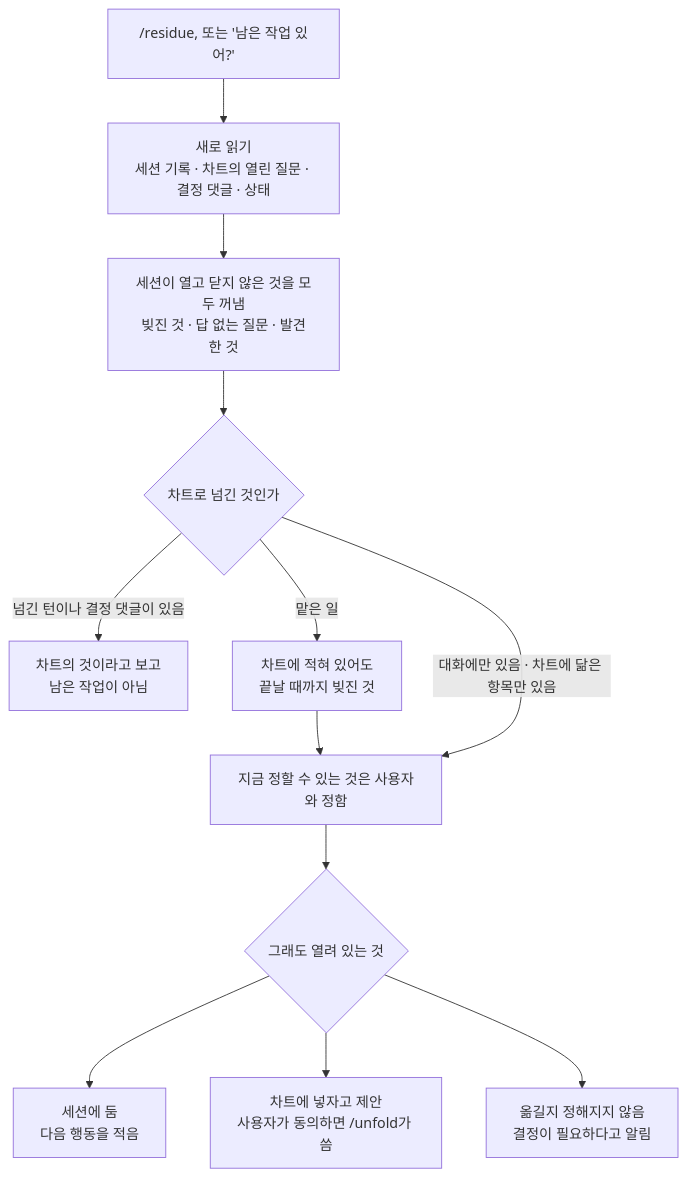
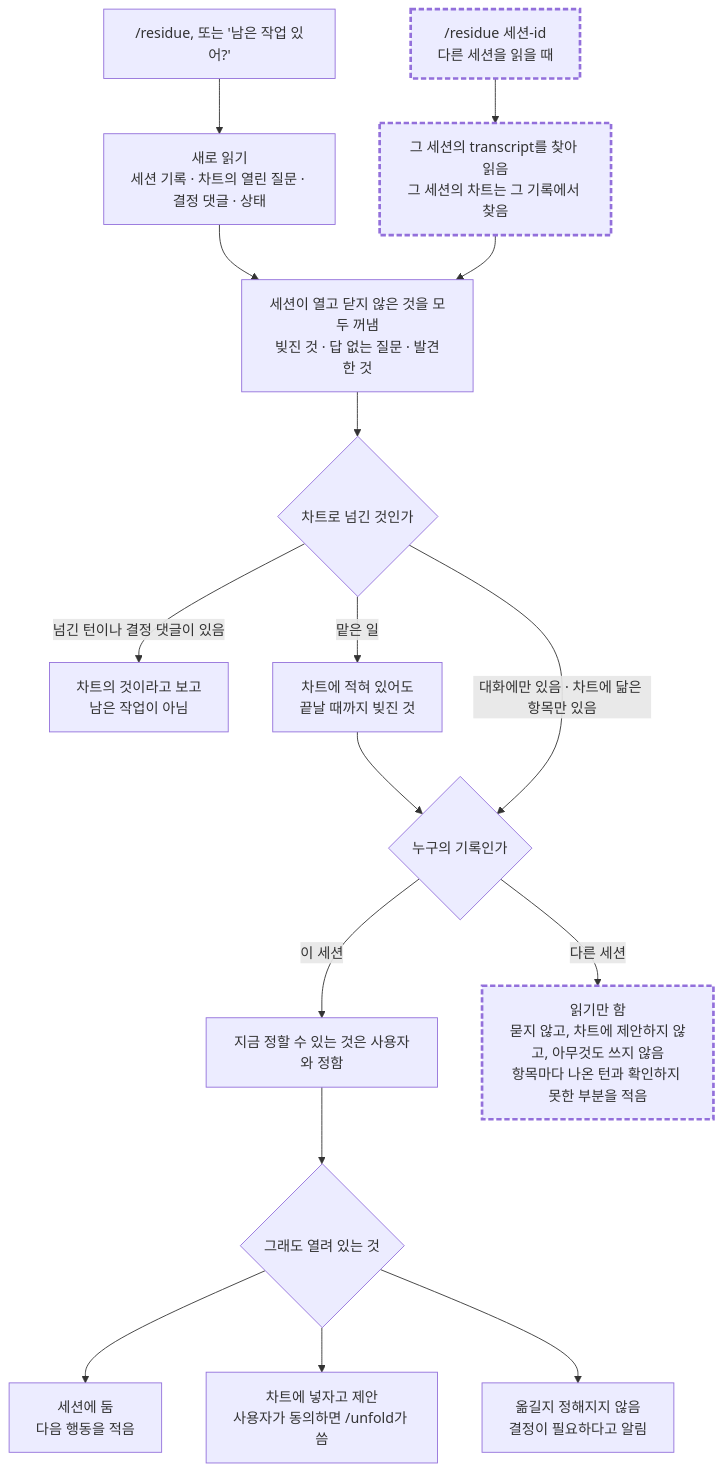
One commit to jongwony/cc-plugin changed the diagram in residue/README.md. Above: the diagram before and after it, drawn with Mermaid. The commit also changed other lines of this file and 2 other files, not shown here.

````diff
--- a/residue/README.md
+++ b/residue/README.md
@@ -9,14 +9,19 @@
 ```mermaid
 flowchart TD
   A["/residue, 또는 '남은 작업 있어?'"] --> B["새로 읽기<br/>세션 기록 · 차트의 열린 질문 · 결정 댓글 · 상태"]
+  T["/residue 세션-id<br/>다른 세션을 읽을 때"]:::target --> U["그 세션의 transcript를 찾아 읽음<br/>그 세션의 차트는 그 기록에서 찾음"]:::target
   B --> C["세션이 열고 닫지 않은 것을 모두 꺼냄<br/>빚진 것 · 답 없는 질문 · 발견한 것"]
+  U --> C
   C --> D{"차트로 넘긴 것인가"}
   D -- "넘긴 턴이나 결정 댓글이 있음" --> E["차트의 것이라고 보고<br/>남은 작업이 아님"]
   D -- "맡은 일" --> K["차트에 적혀 있어도<br/>끝날 때까지 빚진 것"]
-  K --> F
-  D -- "대화에만 있음 · 차트에 닮은 항목만 있음" --> F["지금 정할 수 있는 것은 사용자와 정함"]
+  K --> X
+  D -- "대화에만 있음 · 차트에 닮은 항목만 있음" --> X{"누구의 기록인가"}
+  X -- "이 세션" --> F["지금 정할 수 있는 것은 사용자와 정함"]
+  X -- "다른 세션" --> V["읽기만 함<br/>묻지 않고, 차트에 제안하지 않고, 아무것도 쓰지 않음<br/>항목마다 나온 턴과 확인하지 못한 부분을 적음"]:::target
   F --> G{"그래도 열려 있는 것"}
   G --> H["세션에 둠<br/>다음 행동을 적음"]
   G --> I["차트에 넣자고 제안<br/>사용자가 동의하면 /unfold가 씀"]
   G --> J["옮길지 정해지지 않음<br/>결정이 필요하다고 알림"]
+  classDef target stroke-width:3px,stroke-dasharray:6 3
 ```
````
